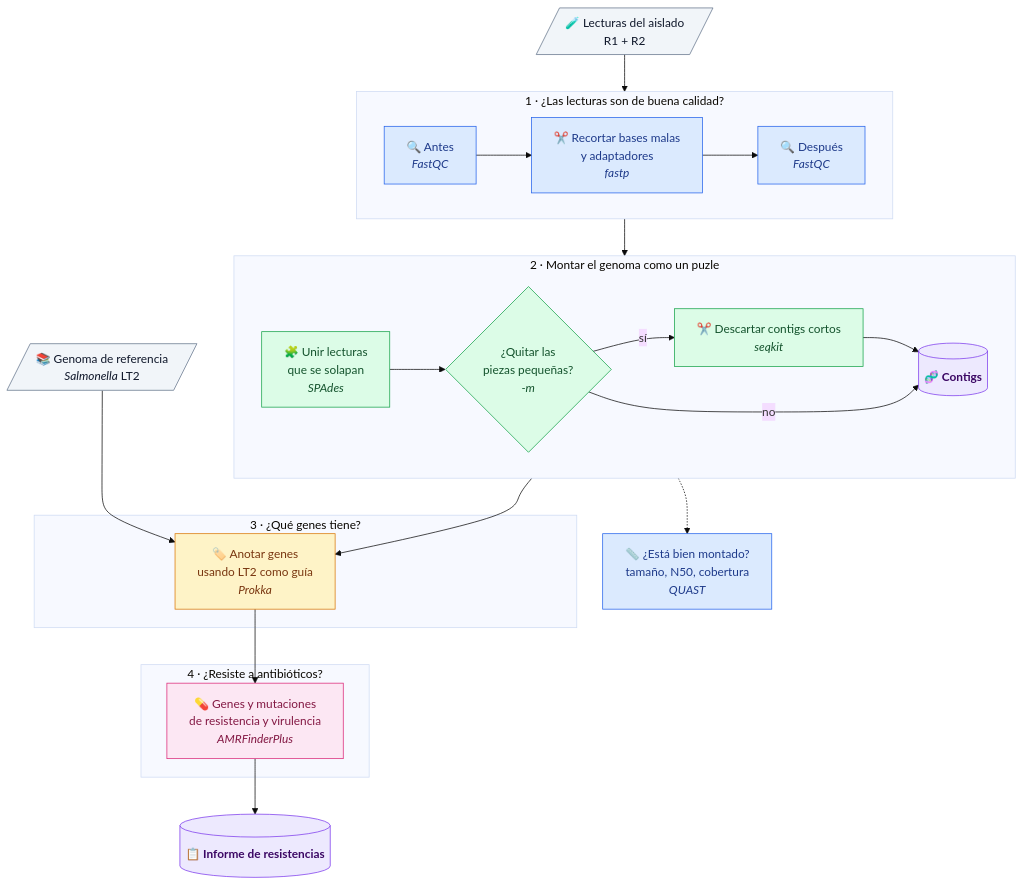
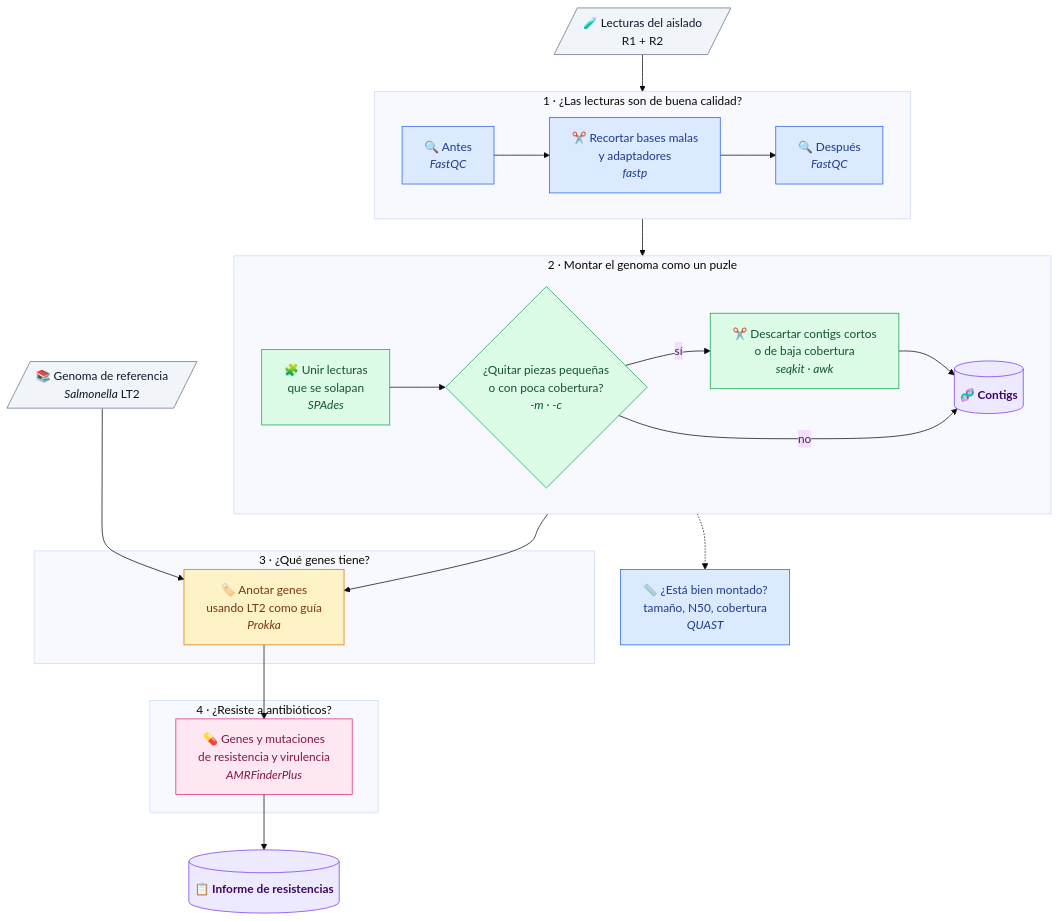
The fourth of 8 diagrams in README.md (AndoniM12/ngs-pipelines), drawn with Mermaid (base theme) before and after one commit. The commit also changed other lines of this file and 2 other files, not shown here.

Commit message:
Genoma bacteriano: filtrado de contigs por cobertura, QUAST desde cero y resultados sin el contaminante

````diff
--- a/README.md
+++ b/README.md
@@ -327,49 +327,49 @@
 ```mermaid
 flowchart TD
     IN[/"🧪 Lecturas del aislado<br/>R1 + R2"/]
     REF[/"📚 Genoma de referencia<br/><i>Salmonella</i> LT2"/]
 
     subgraph S1["1 · ¿Las lecturas son de buena calidad?"]
         direction LR
         QC1["🔍 Antes<br/><i>FastQC</i>"] --> FP["✂️ Recortar bases malas<br/>y adaptadores<br/><i>fastp</i>"] --> QC2["🔍 Después<br/><i>FastQC</i>"]
     end
 
     subgraph S2["2 · Montar el genoma como un puzle"]
         direction LR
-        SP["🧩 Unir lecturas<br/>que se solapan<br/><i>SPAdes</i>"] --> F{"¿Quitar las<br/>piezas pequeñas?<br/><i>-m</i>"}
-        F -- "sí" --> SK["✂️ Descartar contigs cortos<br/><i>seqkit</i>"] --> CT[("🧬 Contigs")]
+        SP["🧩 Unir lecturas<br/>que se solapan<br/><i>SPAdes</i>"] --> F{"¿Quitar piezas pequeñas<br/>o con poca cobertura?<br/><i>-m · -c</i>"}
+        F -- "sí" --> SK["✂️ Descartar contigs cortos<br/>o de baja cobertura<br/><i>seqkit · awk</i>"] --> CT[("🧬 Contigs")]
         F -- "no" --> CT
     end
 
     QU["📏 ¿Está bien montado?<br/>tamaño, N50, cobertura<br/><i>QUAST</i>"]
 
     subgraph S3["3 · ¿Qué genes tiene?"]
         PK["🏷️ Anotar genes<br/>usando LT2 como guía<br/><i>Prokka</i>"]
     end
 
     subgraph S4["4 · ¿Resiste a antibióticos?"]
         AMR["💊 Genes y mutaciones<br/>de resistencia y virulencia<br/><i>AMRFinderPlus</i>"]
     end
 
     OUT[("📋 Informe de resistencias")]
 
     IN --> QC1
     QC2 --> SP
     CT -.-> QU
     CT --> PK
     REF --> PK
     PK --> AMR --> OUT
 
     class IN,REF dato
     class QC1,FP,QC2,QU qc
     class SP,F,SK proc
     class CT,OUT res
     class PK ana
     class AMR inter
     classDef dato fill:#f1f5f9,stroke:#64748b,color:#0f172a
     classDef qc fill:#dbeafe,stroke:#2563eb,color:#1e3a8a
     classDef proc fill:#dcfce7,stroke:#16a34a,color:#14532d
     classDef ana fill:#fef3c7,stroke:#d97706,color:#78350f
     classDef inter fill:#fce7f3,stroke:#db2777,color:#831843
     classDef res fill:#ede9fe,stroke:#7c3aed,color:#3b0764,font-weight:bold
 ```
````
